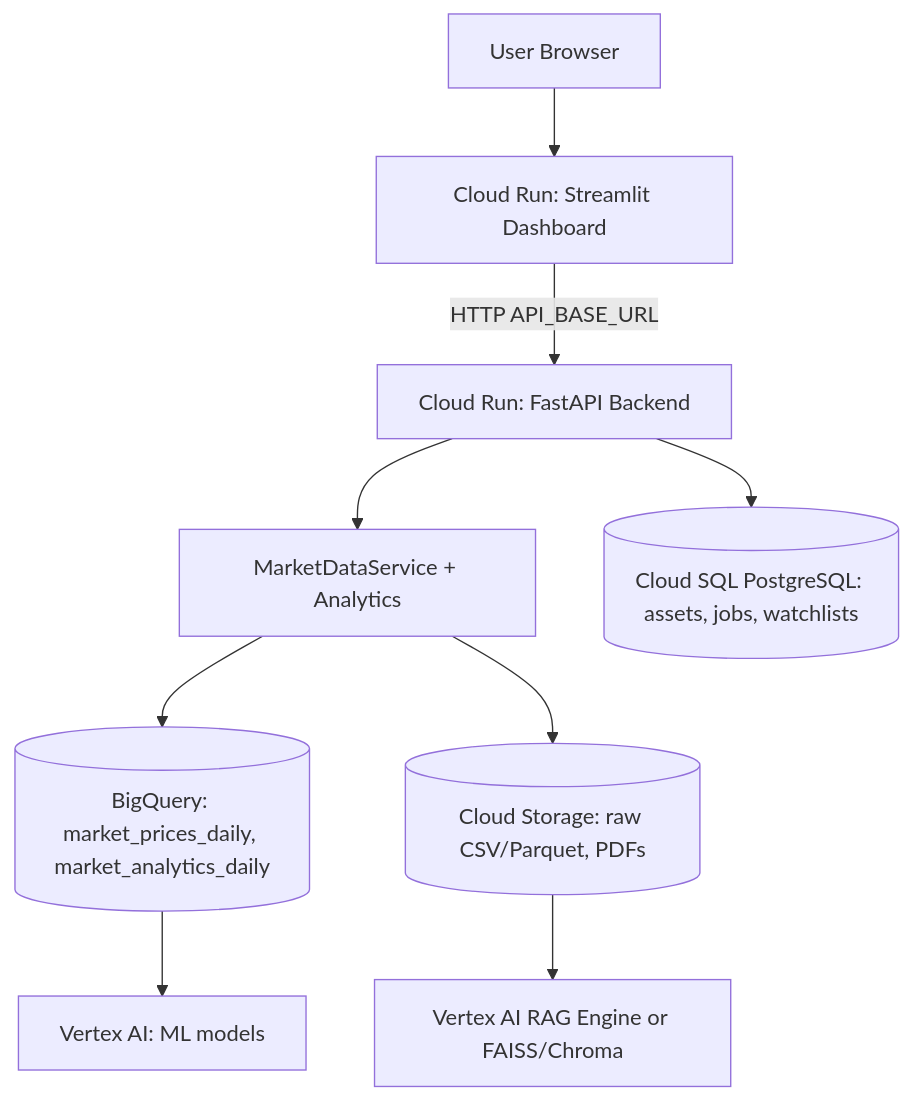
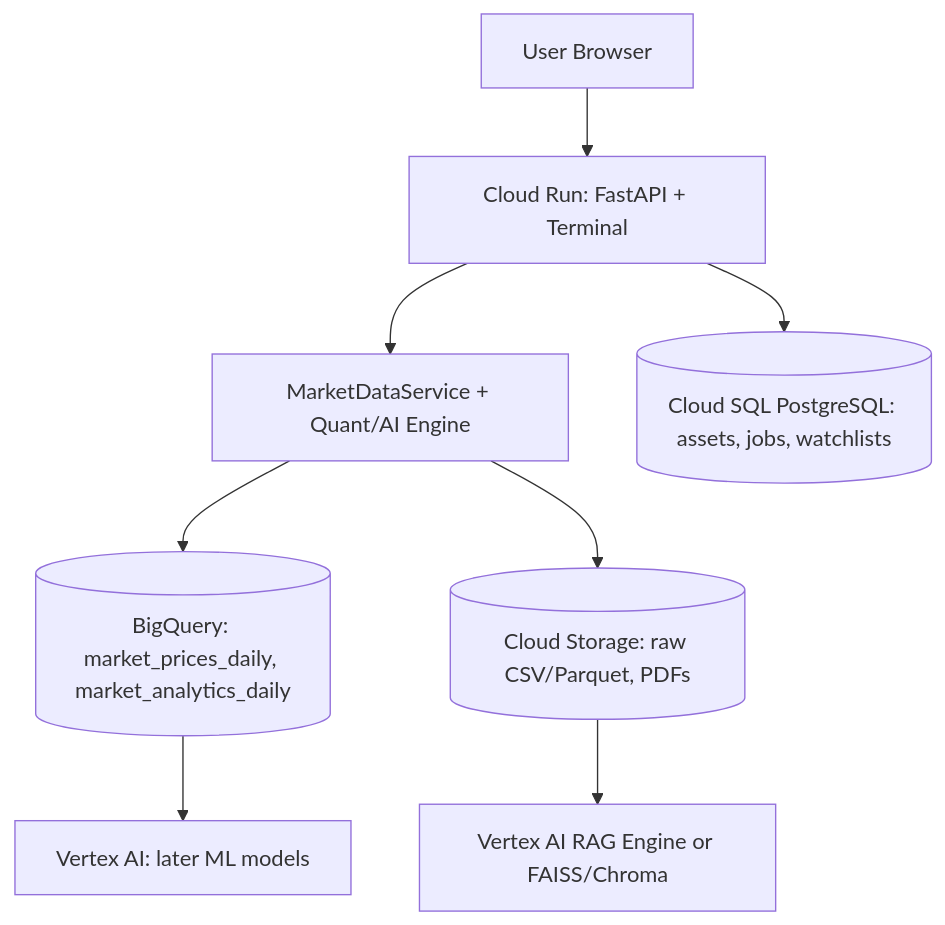
One commit to RaghhavMalani/finsight-alpha changed the diagram in infra/gcp_architecture.md. Above: the diagram before and after it, drawn with Mermaid. The commit also changed other lines of this file and 18 other files, not shown here.

````diff
--- a/infra/gcp_architecture.md
+++ b/infra/gcp_architecture.md
@@ -9,14 +8,10 @@
 ```mermaid
 flowchart TD
-  user[User Browser] --> stRun[Cloud Run: Streamlit Dashboard]
-  stRun -->|HTTP API_BASE_URL| apiRun[Cloud Run: FastAPI Backend]
-
-  apiRun --> mds[MarketDataService + Analytics]
-
-  mds --> bq[(BigQuery: market_prices_daily, market_analytics_daily)]
+  user[User Browser] --> apiRun[Cloud Run: FastAPI + Terminal]
+  apiRun --> engine[MarketDataService + Quant/AI Engine]
+  engine --> bq[(BigQuery: market_prices_daily, market_analytics_daily)]
   apiRun --> sql[(Cloud SQL PostgreSQL: assets, jobs, watchlists)]
-  mds --> gcs[(Cloud Storage: raw CSV/Parquet, PDFs)]
-
-  bq --> vertex[Vertex AI: ML models]
+  engine --> gcs[(Cloud Storage: raw CSV/Parquet, PDFs)]
+  bq --> vertex[Vertex AI: later ML models]
   gcs --> rag[Vertex AI RAG Engine or FAISS/Chroma]
 ```
````
